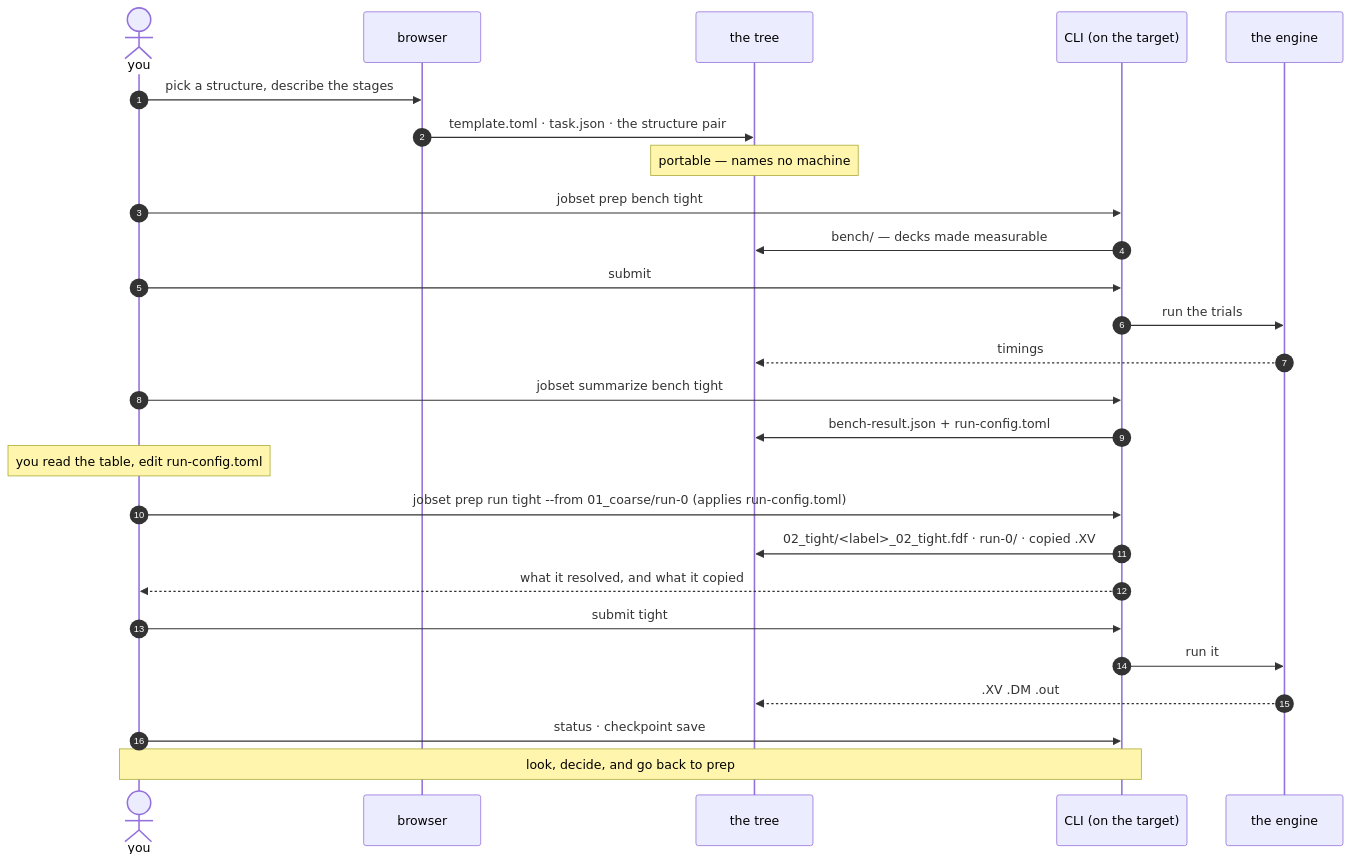
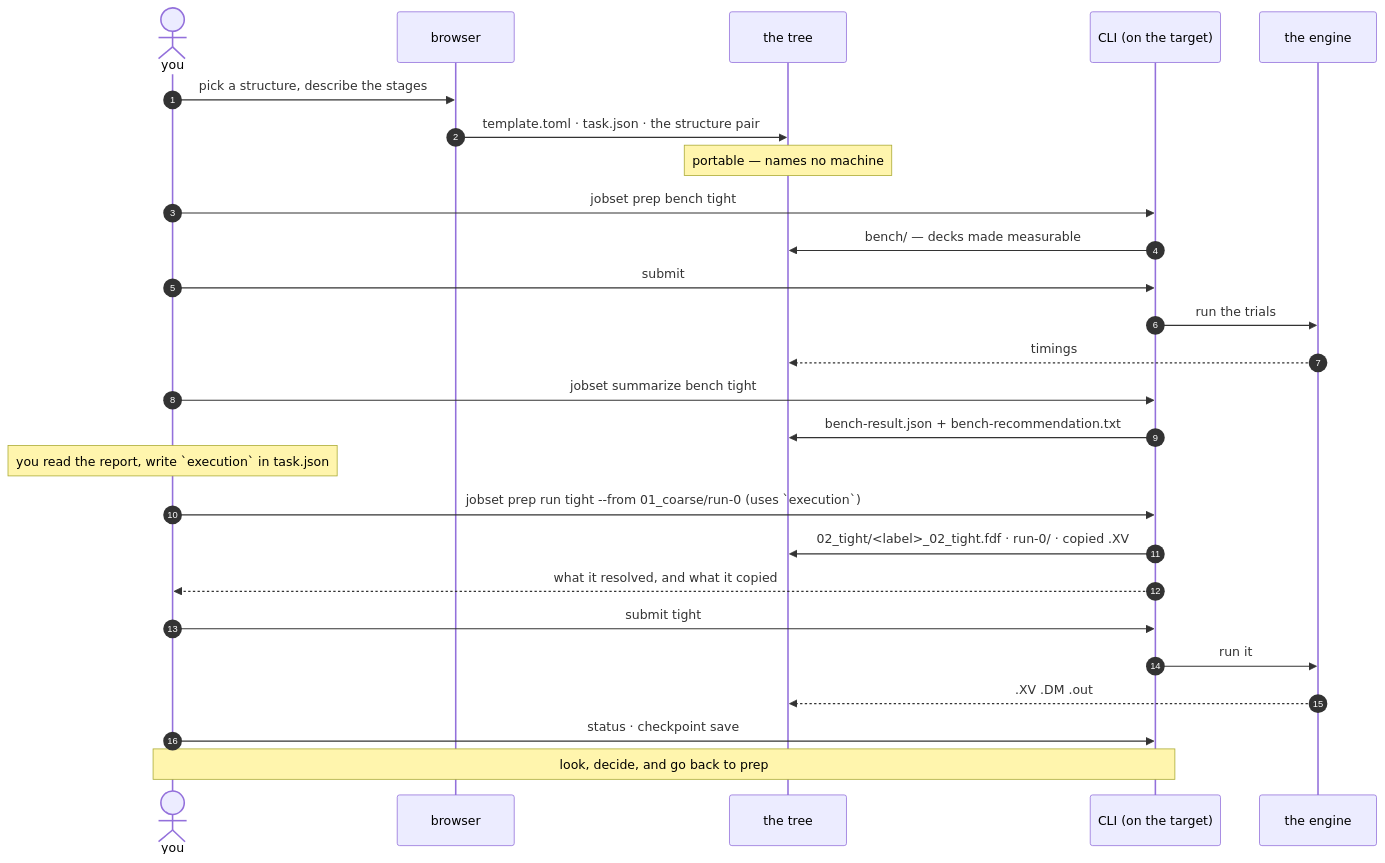
One commit to Qing-LAB/molbuilder changed the ninth of 10 diagrams in docs/execution/project-layout.md. Above: the diagram before and after it, drawn with Mermaid. The commit also changed other lines of this file and 28 other files, not shown here.

````diff
--- a/docs/execution/project-layout.md
+++ b/docs/execution/project-layout.md
@@ -1447,33 +1452,33 @@
 ```mermaid
 sequenceDiagram
     autonumber
     actor U as you
     participant B as browser
     participant T as the tree
     participant C as CLI (on the target)
     participant E as the engine
 
     U->>B: pick a structure, describe the stages
     B->>T: template.toml · task.json · the structure pair
     Note over T: portable — names no machine
 
     U->>C: jobset prep bench tight
     C->>T: bench/ — decks made measurable
     U->>C: submit
     C->>E: run the trials
     E-->>T: timings
     U->>C: jobset summarize bench tight
-    C->>T: bench-result.json + run-config.toml
+    C->>T: bench-result.json + bench-recommendation.txt
 
-    Note over U: you read the table, edit run-config.toml
+    Note over U: you read the report, write `execution` in task.json
 
-    U->>C: jobset prep run tight --from 01_coarse/run-0 (applies run-config.toml)
+    U->>C: jobset prep run tight --from 01_coarse/run-0 (uses `execution`)
     C->>T: 02_tight/<label>_02_tight.fdf · run-0/ · copied .XV
     C-->>U: what it resolved, and what it copied
     U->>C: submit tight
     C->>E: run it
     E-->>T: .XV .DM .out
 
     U->>C: status · checkpoint save
     Note over U,C: look, decide, and go back to prep
 ```
````
